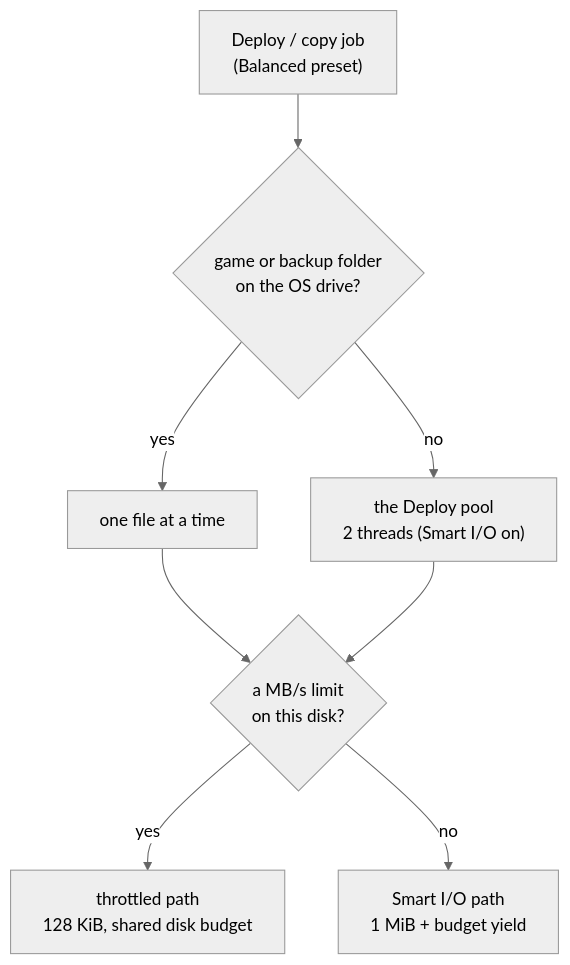
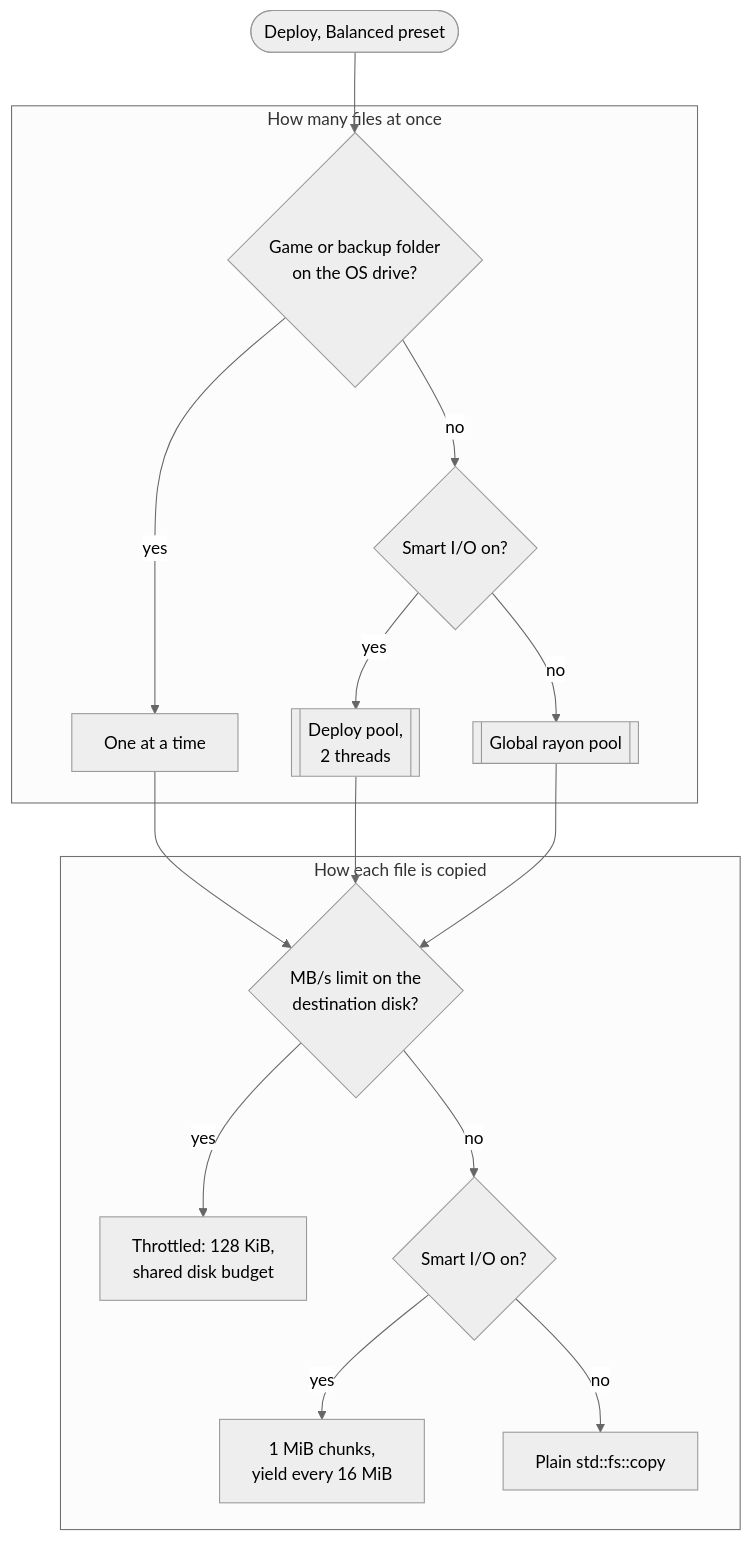
The first of 2 diagrams in frontend/assets/docs/en/how-it-works/performance.md (FreeProject089/BetterModsManager), drawn with Mermaid (neutral theme) before and after one commit. The commit also changed other lines of this file and 176 other files, not shown here.

````diff
--- a/frontend/assets/docs/en/how-it-works/performance.md
+++ b/frontend/assets/docs/en/how-it-works/performance.md
@@ -41,10 +41,21 @@
 ```mermaid
-flowchart TB
-    JOB["Deploy / copy job<br/>(Balanced preset)"] --> SYS{"game or backup folder<br/>on the OS drive?"}
-    SYS -- yes --> ONE["one file at a time"]
-    SYS -- no --> TWO["the Deploy pool<br/>2 threads (Smart I/O on)"]
-    ONE --> LIM{"a MB/s limit<br/>on this disk?"}
-    TWO --> LIM
-    LIM -- yes --> THR["throttled path<br/>128 KiB, shared disk budget"]
-    LIM -- no --> SM["Smart I/O path<br/>1 MiB + budget yield"]
+flowchart TD
+    subgraph FAN["How many files at once"]
+        SYS{"Game or backup folder<br/>on the OS drive?"}
+        SYS -- "yes" --> ONE["One at a time"]
+        SYS -- "no" --> SIO{"Smart I/O on?"}
+        SIO -- "yes" --> POOL[["Deploy pool,<br/>2 threads"]]
+        SIO -- "no" --> GLOB[["Global rayon pool"]]
+    end
+    subgraph EACHF["How each file is copied"]
+        LIM{"MB/s limit on the<br/>destination disk?"}
+        LIM -- "yes" --> THR["Throttled: 128 KiB,<br/>shared disk budget"]
+        LIM -- "no" --> SIO2{"Smart I/O on?"}
+        SIO2 -- "yes" --> SM["1 MiB chunks,<br/>yield every 16 MiB"]
+        SIO2 -- "no" --> FULL["Plain std::fs::copy"]
+    end
+    JOB(["Deploy, Balanced preset"]) --> SYS
+    ONE --> LIM
+    POOL --> LIM
+    GLOB --> LIM
 ```
````
